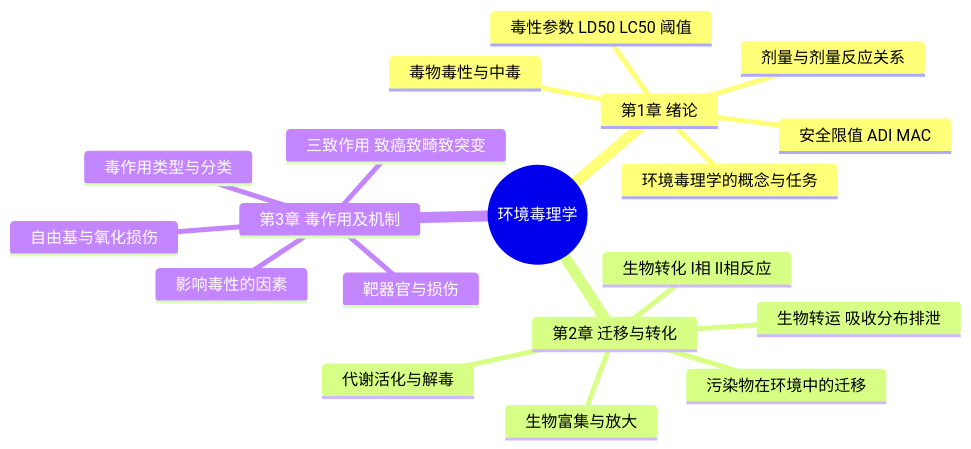
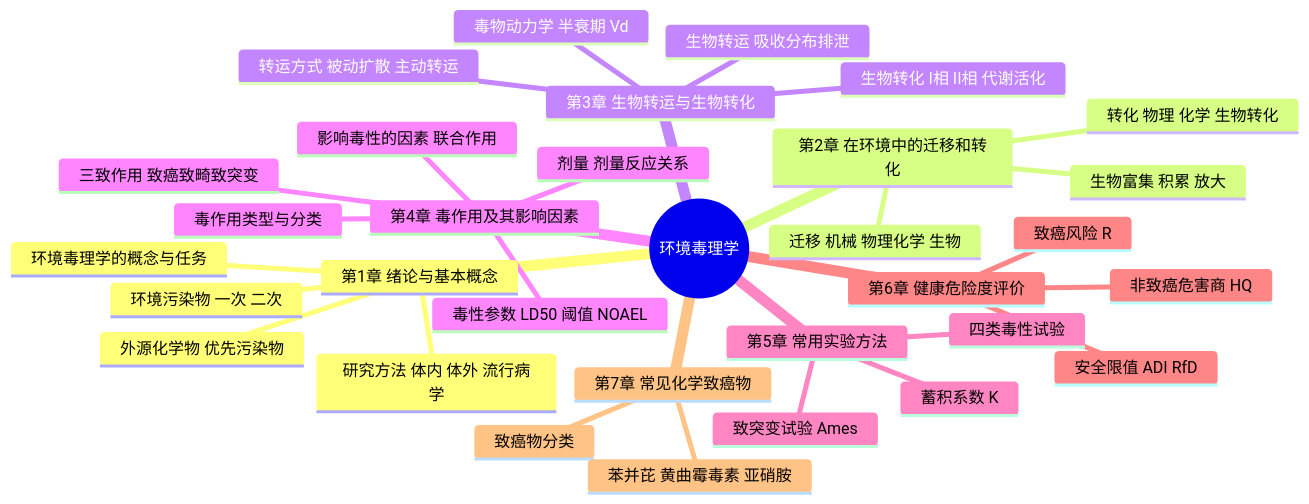
Before and after one commit to dao-genesis/xuexi-fuxi: the first of 7 diagrams in 环境毒理学/03_解析成果/_例题精解.md, drawn with Mermaid. The commit also changed other lines of this file and 2 other files, not shown here.

````diff
--- a/环境毒理学/03_解析成果/_例题精解.md
+++ b/环境毒理学/03_解析成果/_例题精解.md
@@ -10,22 +11,35 @@
 ```mermaid
 mindmap
   root((环境毒理学))
-    第1章 绪论
+    第1章 绪论与基本概念
       环境毒理学的概念与任务
-      毒物毒性与中毒
-      剂量与剂量反应关系
-      毒性参数 LD50 LC50 阈值
-      安全限值 ADI MAC
-    第2章 迁移与转化
-      污染物在环境中的迁移
+      环境污染物 一次 二次
+      外源化学物 优先污染物
+      研究方法 体内 体外 流行病学
+    第2章 在环境中的迁移和转化
+      迁移 机械 物理化学 生物
+      转化 物理 化学 生物转化
+      生物富集 积累 放大
+    第3章 生物转运与生物转化
       生物转运 吸收分布排泄
-      生物转化 I相 II相反应
-      生物富集与放大
-      代谢活化与解毒
-    第3章 毒作用及机制
+      转运方式 被动扩散 主动转运
+      生物转化 I相 II相 代谢活化
+      毒物动力学 半衰期 Vd
+    第4章 毒作用及其影响因素
       毒作用类型与分类
-      靶器官与损伤
-      自由基与氧化损伤
+      剂量 剂量反应关系
+      毒性参数 LD50 阈值 NOAEL
       三致作用 致癌致畸致突变
-      影响毒性的因素
+      影响毒性的因素 联合作用
+    第5章 常用实验方法
+      四类毒性试验
+      蓄积系数 K
+      致突变试验 Ames
+    第6章 健康危险度评价
+      安全限值 ADI RfD
+      致癌风险 R
+      非致癌危害商 HQ
+    第7章 常见化学致癌物
+      致癌物分类
+      苯并芘 黄曲霉毒素 亚硝胺
 ```
````
